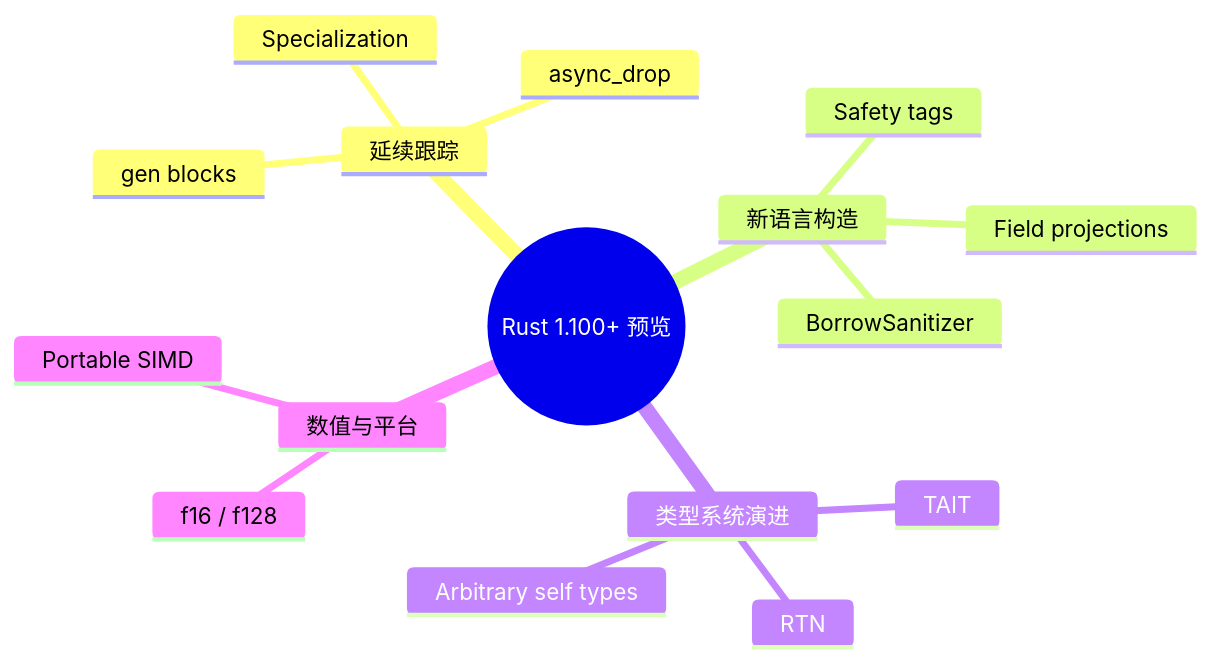
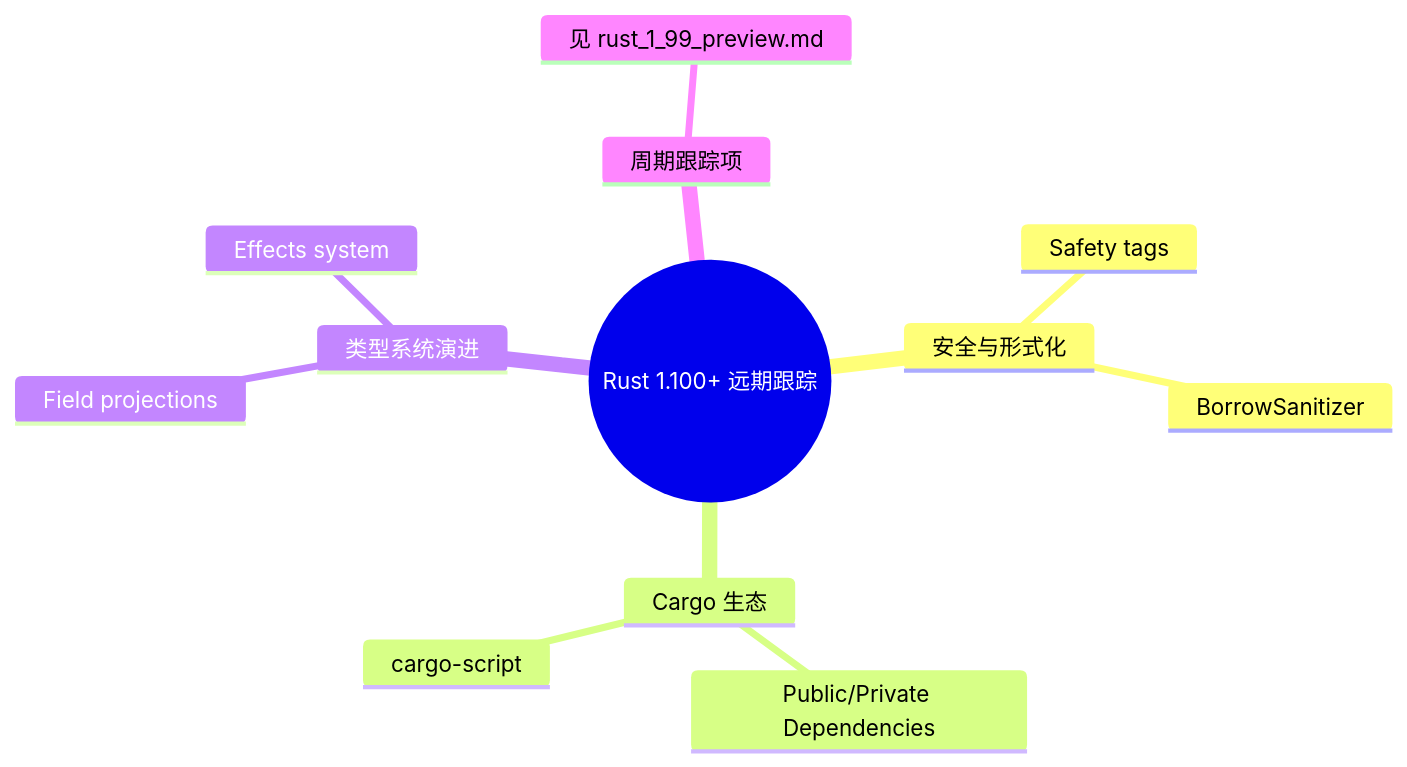
Before and after one commit to martin-ly/rust-lang: the diagram in concept/07_future/00_version_tracking/rust_1_100_preview.md, drawn with Mermaid. The commit also changed other lines of this file and 50 other files, not shown here.

````diff
--- a/concept/07_future/00_version_tracking/rust_1_100_preview.md
+++ b/concept/07_future/00_version_tracking/rust_1_100_preview.md
@@ -41,19 +42,15 @@
 ```mermaid
 mindmap
-  root((Rust 1.100+ 预览))
-    延续跟踪
-      gen blocks
-      async_drop
-      Specialization
-    新语言构造
+  root((Rust 1.100+ 远期跟踪))
+    安全与形式化
       Safety tags
+      BorrowSanitizer
+    Cargo 生态
+      Public/Private Dependencies
+      cargo-script
+    类型系统演进
       Field projections
-      BorrowSanitizer
-    类型系统演进
-      TAIT
-      RTN
-      Arbitrary self types
-    数值与平台
-      f16 / f128
-      Portable SIMD
+      Effects system
+    周期跟踪项
+      见 rust_1_99_preview.md
 ```
````
